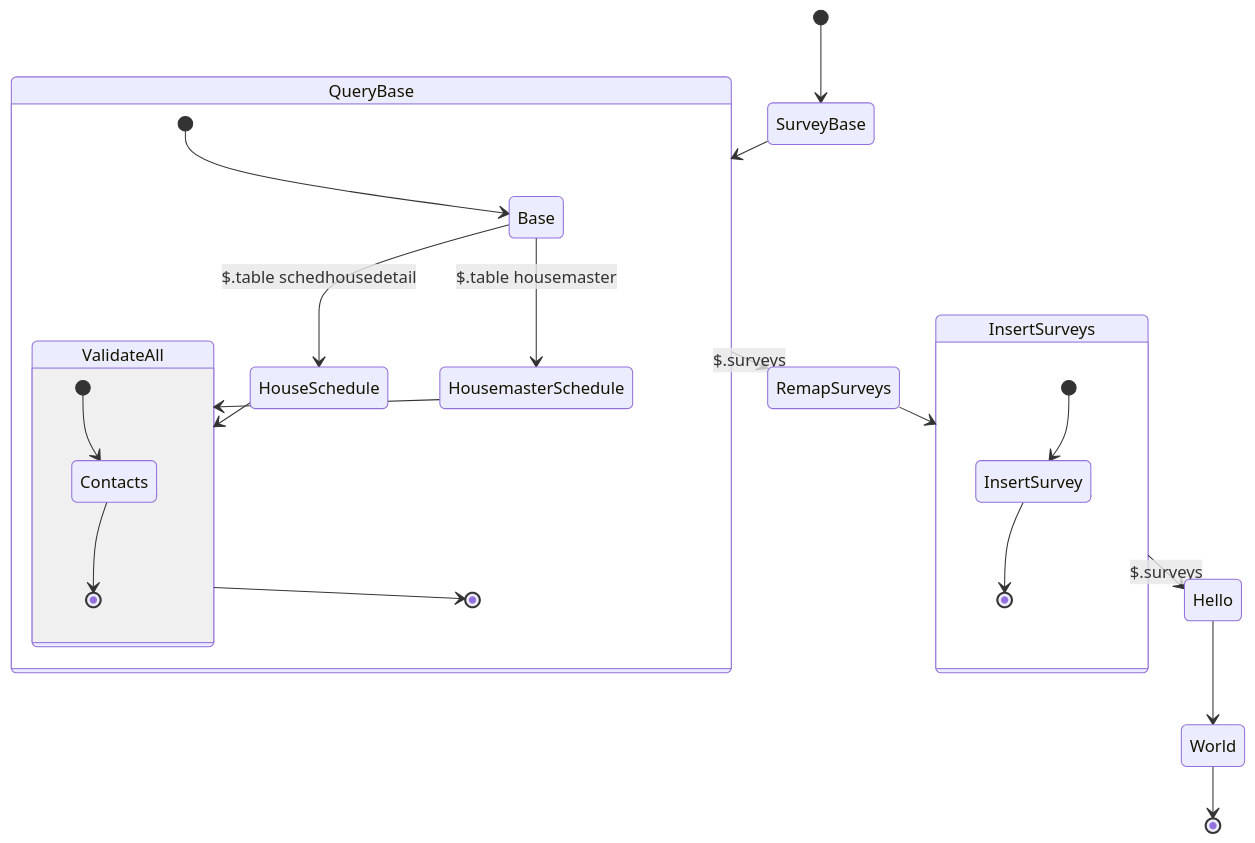
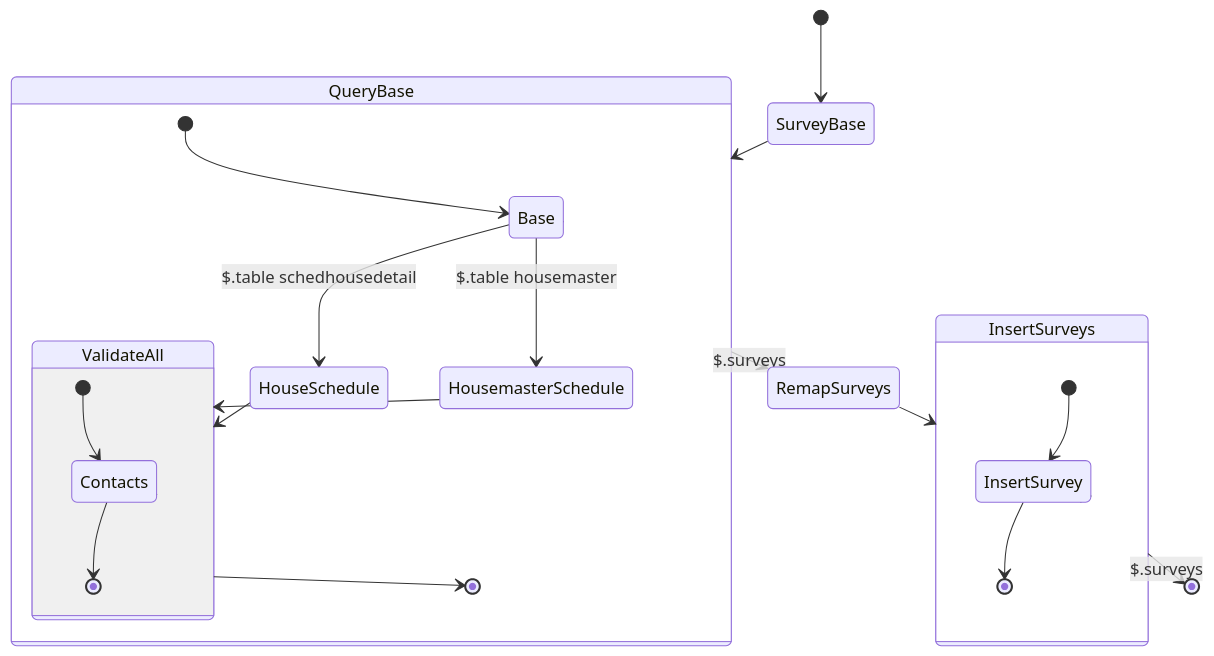
Before and after one commit to alexwine36/Portfolio: the second of 2 diagrams in apps/portfolio/content/projects/customer-surveys/index.md, drawn with Mermaid. The commit also changed other lines of this file and 6 other files, not shown here.

````diff
--- a/apps/portfolio/content/projects/customer-surveys/index.md
+++ b/apps/portfolio/content/projects/customer-surveys/index.md
@@ -48,29 +64,28 @@
 ```mermaid
 stateDiagram-v2
 [*] --> SurveyBase
 SurveyBase --> QueryBase
 QueryBase --> RemapSurveys: $.surveys
 QueryBase --> Base
 state QueryBase {
 [*] --> Base
 Base --> HouseSchedule: $.table schedhousedetail
 Base --> HousemasterSchedule: $.table housemaster
 HousemasterSchedule --> ValidateAll
 HouseSchedule --> ValidateAll
 ValidateAll --> [*]
 ValidateAll --> Contacts
 state ValidateAll {
 [*] --> Contacts
 Contacts --> [*]
 }
 }
 RemapSurveys --> InsertSurveys
-InsertSurveys --> Hello: $.surveys
+InsertSurveys --> [*]: $.surveys
 InsertSurveys --> InsertSurvey
 state InsertSurveys {
 [*] --> InsertSurvey
 InsertSurvey --> [*]
 }
-Hello --> World
-World --> [*]
+
 ```
````
